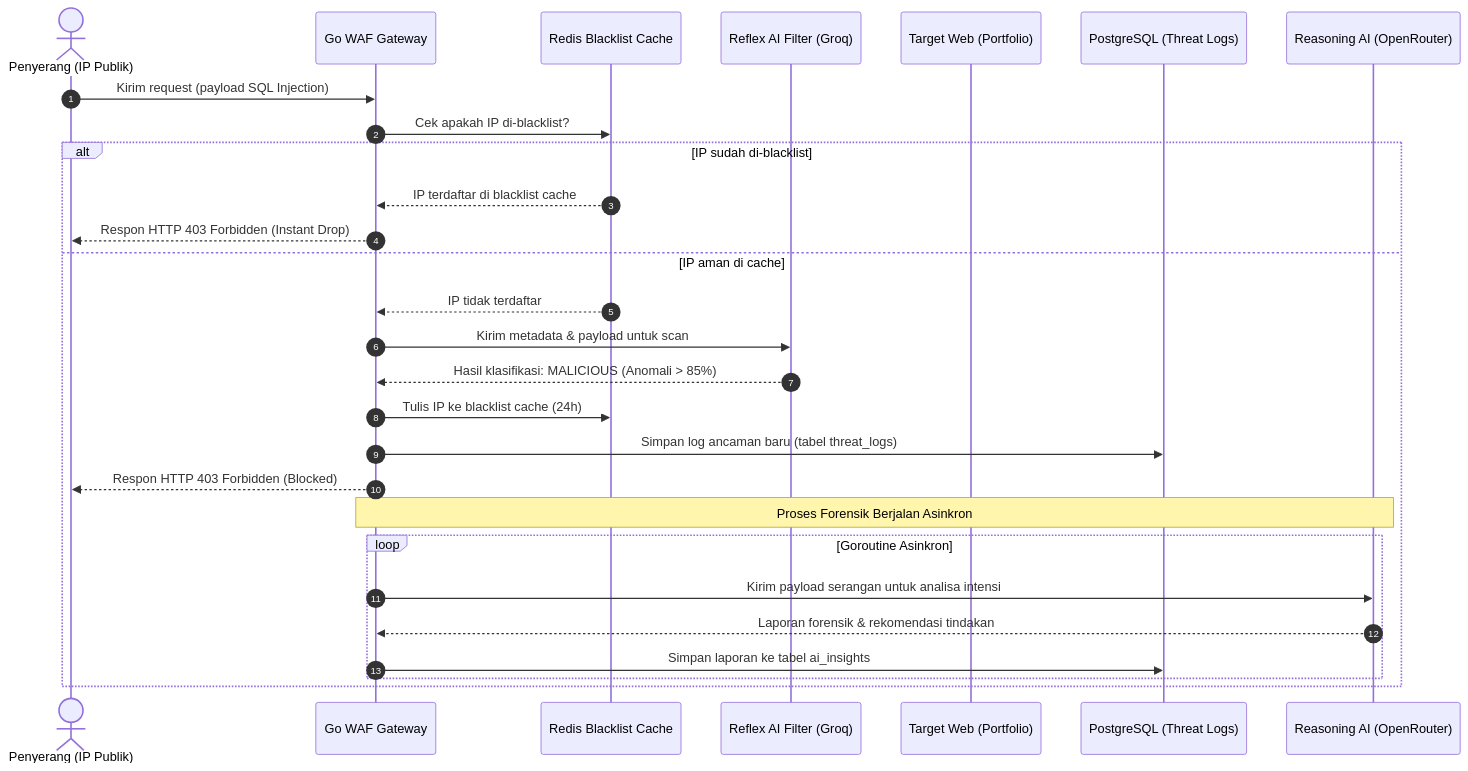
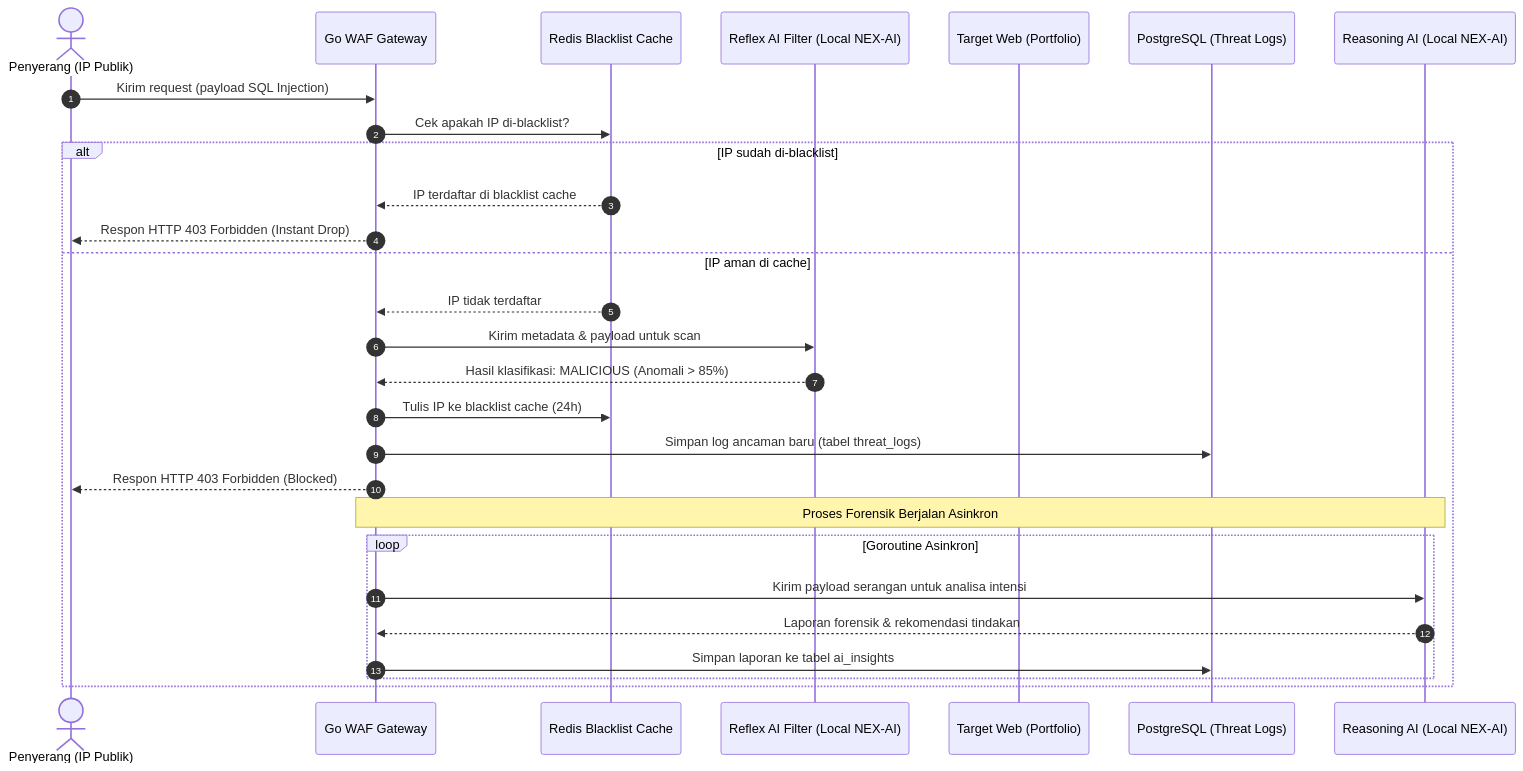
One commit to Thbetyfu/NEXUS-CYBER-FASE3 changed the second of 4 diagrams in docs/SOFTWARE_DESIGN_DOCUMENT.md. Above: the diagram before and after it, drawn with Mermaid. The commit also changed 49 other files, not shown here.

````diff
--- a/docs/SOFTWARE_DESIGN_DOCUMENT.md
+++ b/docs/SOFTWARE_DESIGN_DOCUMENT.md
@@ -83,32 +83,32 @@
 ```mermaid
 sequenceDiagram
     autonumber
     actor Attacker as Penyerang (IP Publik)
     participant Gateway as Go WAF Gateway
     participant Redis as Redis Blacklist Cache
-    participant Reflex as Reflex AI Filter (Groq)
+    participant Reflex as Reflex AI Filter (Local NEX-AI)
     participant Target as Target Web (Portfolio)
     participant Postgres as PostgreSQL (Threat Logs)
-    participant Reasoning as Reasoning AI (OpenRouter)
+    participant Reasoning as Reasoning AI (Local NEX-AI)
 
     Attacker->>Gateway: Kirim request (payload SQL Injection)
     Gateway->>Redis: Cek apakah IP di-blacklist?
     alt IP sudah di-blacklist
         Redis-->>Gateway: IP terdaftar di blacklist cache
         Gateway-->>Attacker: Respon HTTP 403 Forbidden (Instant Drop)
     else IP aman di cache
         Redis-->>Gateway: IP tidak terdaftar
         Gateway->>Reflex: Kirim metadata & payload untuk scan
         Reflex-->>Gateway: Hasil klasifikasi: MALICIOUS (Anomali > 85%)
         Gateway->>Redis: Tulis IP ke blacklist cache (24h)
         Gateway->>Postgres: Simpan log ancaman baru (tabel threat_logs)
         Gateway-->>Attacker: Respon HTTP 403 Forbidden (Blocked)
         
         Note over Gateway, Reasoning: Proses Forensik Berjalan Asinkron
         loop Goroutine Asinkron
             Gateway->>Reasoning: Kirim payload serangan untuk analisa intensi
             Reasoning-->>Gateway: Laporan forensik & rekomendasi tindakan
             Gateway->>Postgres: Simpan laporan ke tabel ai_insights
         end
     end
 ```
````
